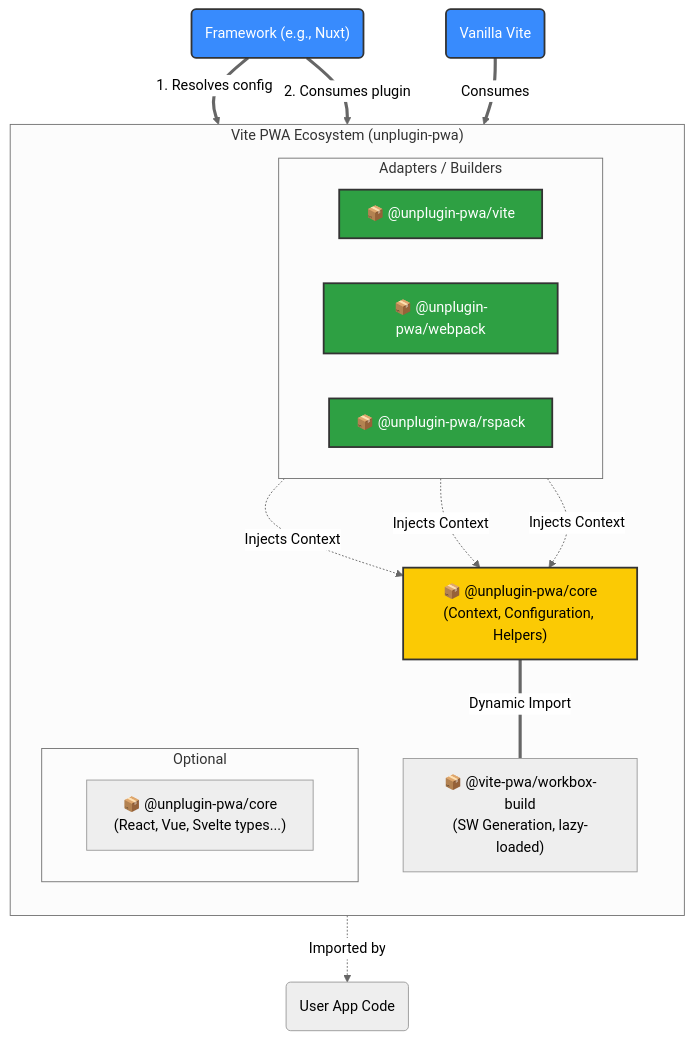
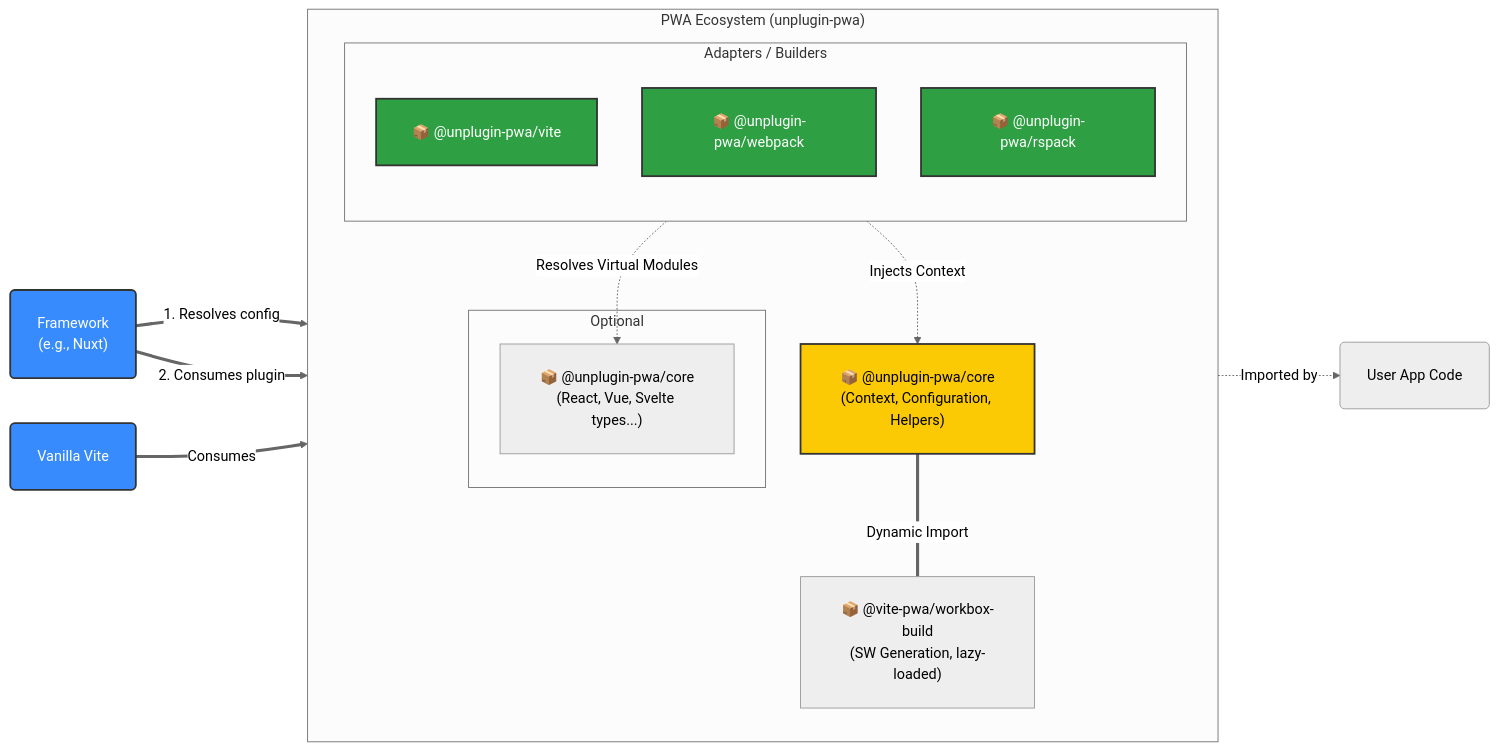
One commit to vite-pwa/unplugin-pwa changed the first of 3 diagrams in ARCHITECTURE.md. Above: the diagram before and after it, drawn with Mermaid (neutral theme).

Commit message:
docs: update architecture mermaid diagram (#21)

````diff
--- a/ARCHITECTURE.md
+++ b/ARCHITECTURE.md
@@ -3,42 +3,47 @@
 ```mermaid
-graph TD
-    subgraph Monorepo ["Vite PWA Ecosystem (unplugin-pwa)"]
+flowchart LR
+%% External Consumers
+    Nuxt("<div style='padding: 10px 15px;'>Framework<br>(e.g., Nuxt)</div>")
+    Vanilla("<div style='padding: 10px 15px;'>Vanilla Vite</div>")
+    App("<div style='padding: 10px 15px;'>User App Code</div>")
+
+    subgraph Monorepo ["PWA Ecosystem (unplugin-pwa)"]
         direction TB
 
-        Core["📦 @unplugin-pwa/core<br/>(Context, Configuration, Helpers)"]
-        WB["📦 @vite-pwa/workbox-build<br/>(SW Generation, lazy-loaded)"]
-
         subgraph Builders ["Adapters / Builders"]
-            direction LR
-            Vite["📦 @unplugin-pwa/vite"]
-            Webpack["📦 @unplugin-pwa/webpack"]
-            Rspack["📦 @unplugin-pwa/rspack"]
+            direction TB
+            Vite["<div style='padding: 10px'>📦 @unplugin-pwa/vite</div>"]
+            Webpack["<div style='padding: 10px'>📦 @unplugin-pwa/webpack</div>"]
+            Rspack["<div style='padding: 10px'>📦 @unplugin-pwa/rspack</div>"]
         end
 
+        Core["<div style='padding: 10px'>📦 @unplugin-pwa/core<br>(Context, Configuration, Helpers)</div>"]
+        WB["<div style='padding: 10px'>📦 @vite-pwa/workbox-build<br>(SW Generation, lazy-loaded)</div>"]
+
         subgraph Extras ["Optional"]
-            direction LR
-            Client["📦 @unplugin-pwa/core<br/>(React, Vue, Svelte types...)"]
+            Client["<div style='padding: 10px'>📦 @unplugin-pwa/core<br>(React, Vue, Svelte types...)</div>"]
         end
 
     %% Internal Relations
-        Vite -. "Injects Context" .-> Core
-        Webpack -. "Injects Context" .-> Core
-        Rspack -. "Injects Context" .-> Core
+        Builders -. "Injects Context" .-> Core
+        Core == "Dynamic Import" === WB
 
-        Core == "Dynamic Import" === WB
+    %% Se invierte la dirección para mantener el flujo visual LR
+        Vite -. "Resolves Virtual Modules" .-> Client
     end
 
-%% External Consumers
-    Nuxt("Framework (e.g., Nuxt)") ==>|1. Resolves config| Core
+%% External Connections
+    Nuxt ==>|1. Resolves config| Core
     Nuxt ==>|2. Consumes plugin| Vite
-    Vanilla("Vanilla Vite") ==>|Consumes| Vite
-    Client -. "Imported by" .-> App("User App Code")
+    Vanilla ==>|Consumes| Vite
+    Client -. "Imported by" .-> App
 
+%% Styles
     classDef core fill:#fbca04,stroke:#333,stroke-width:2px,color:black;
     classDef builder fill:#2ea043,stroke:#333,stroke-width:2px,color:white;
     classDef framework fill:#388bfd,stroke:#333,stroke-width:2px,color:white;
 
     class Core core;
     class Vite,Webpack,Rspack builder;
     class Nuxt,Vanilla framework;
 ```
````
